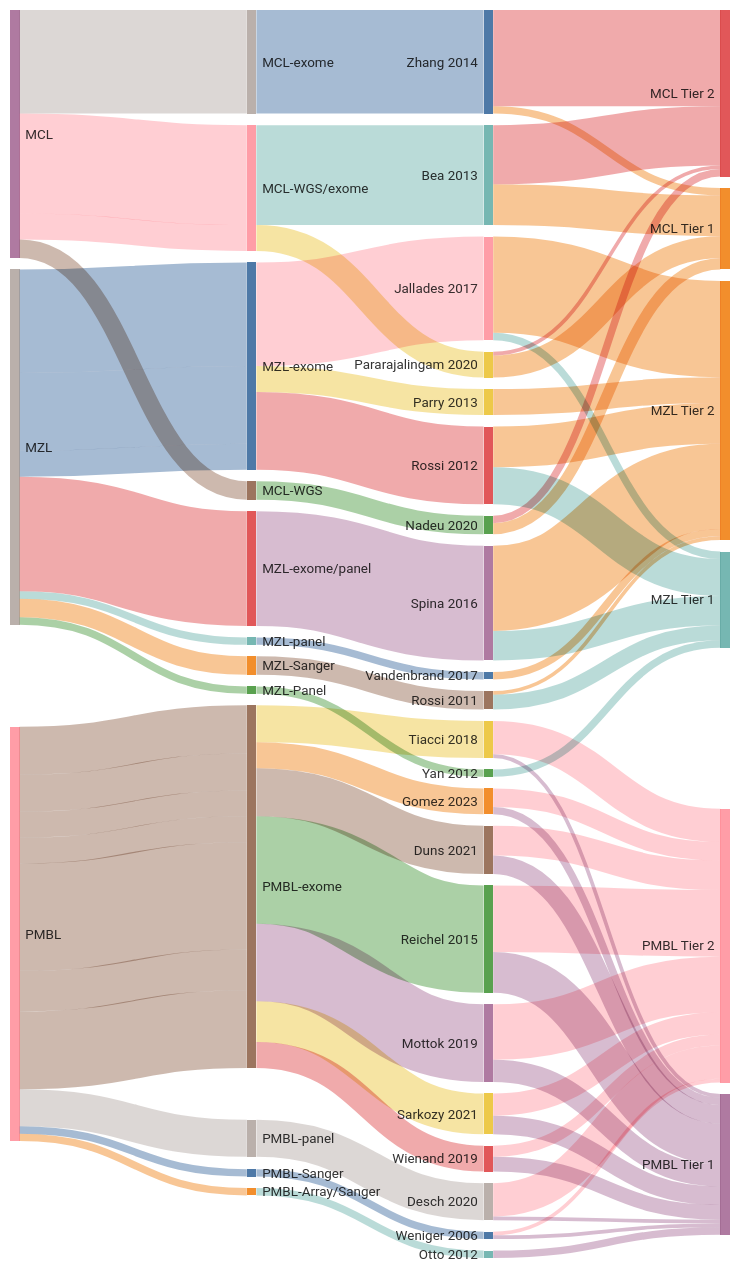
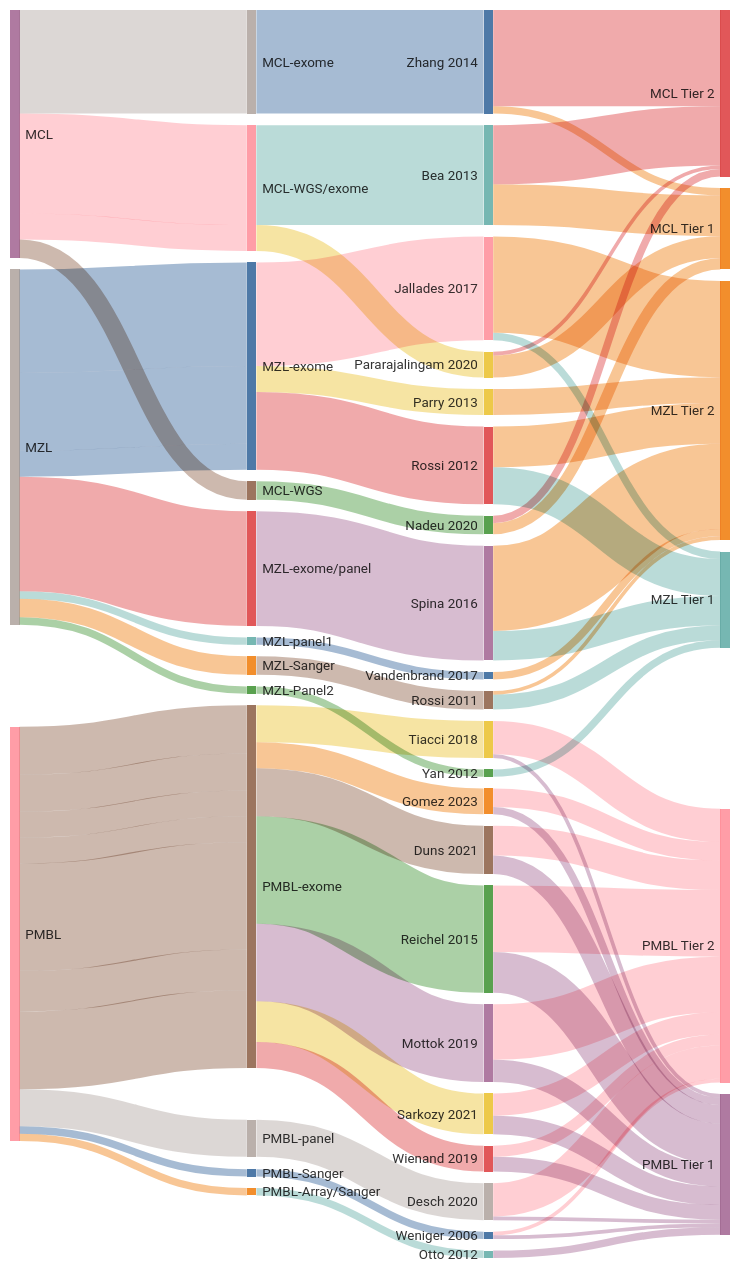
Before and after one commit to morinlab/lymphopedia: the second of 2 diagrams in Home.md, drawn with Mermaid.

```diff
--- a/Home.md
+++ b/Home.md
@@ -197,10 +197,10 @@
 MZL-exome/panel, Spina 2016, 31
 MZL, MZL-exome, 21
 MZL-exome, Rossi 2012, 21
-MZL-panel, Vandenbrand 2017, 2
-MZL-Panel, Yan 2012, 2
-MZL, MZL-panel, 2
-MZL, MZL-Panel, 2
+MZL-panel1, Vandenbrand 2017, 2
+MZL-Panel2, Yan 2012, 2
+MZL, MZL-panel1, 2
+MZL, MZL-Panel2, 2
 MZL, MZL-exome, 7
 MZL-exome, Parry 2013, 7
 Tiacci 2018, PMBL Tier 1, 1
```
